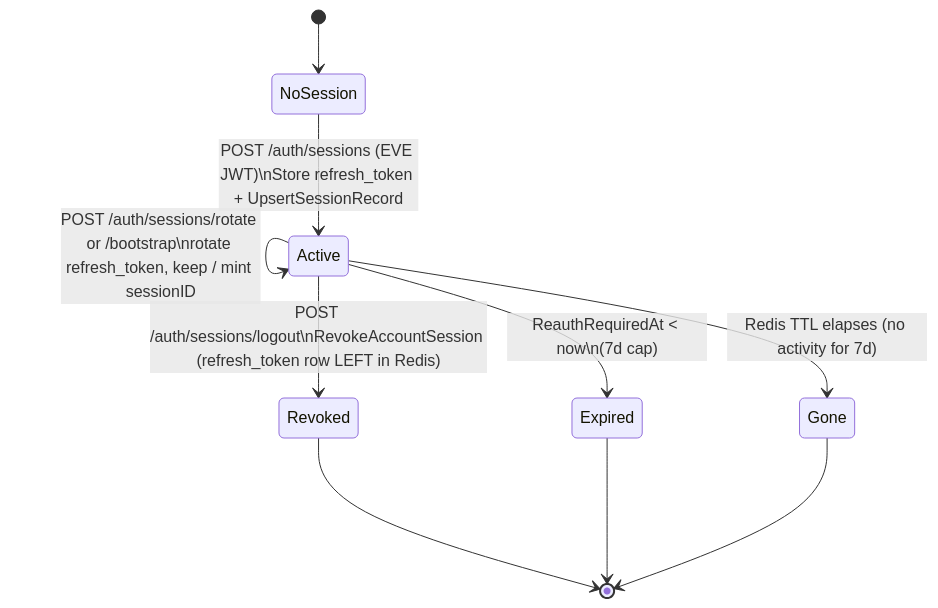
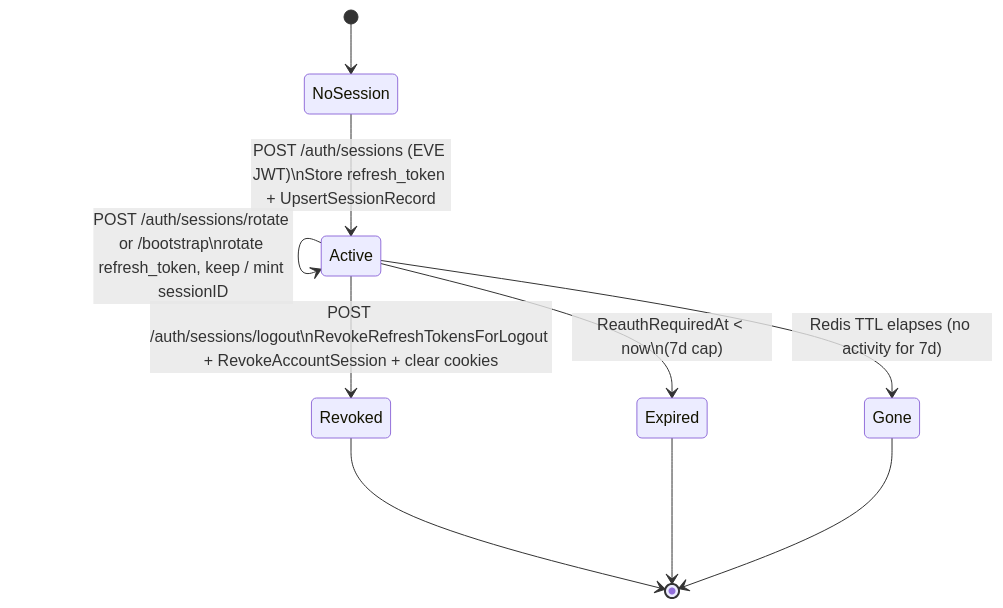
Before and after one commit to darcy561/eve-industry-planner: the fourth of 4 diagrams in docs/auth/BACKEND.md, drawn with Mermaid. The commit also changed other lines of this file and 12 other files, not shown here.

First line of the commit message:
feat(auth): enhance logout process with refresh token revocation and cookie management

````diff
--- a/docs/auth/BACKEND.md
+++ b/docs/auth/BACKEND.md
@@ -471,15 +474,15 @@
 ```mermaid
 stateDiagram-v2
     [*] --> NoSession
 
     NoSession --> Active: POST /auth/sessions (EVE JWT)\nStore refresh_token + UpsertSessionRecord
     Active --> Active: AuthConstructor TouchAccountSession on every request
     Active --> Active: POST /auth/sessions/rotate or /bootstrap\nrotate refresh_token, keep / mint sessionID
-    Active --> Revoked: POST /auth/sessions/logout\nRevokeAccountSession (refresh_token row LEFT in Redis)
+    Active --> Revoked: POST /auth/sessions/logout\nRevokeRefreshTokensForLogout + RevokeAccountSession + clear cookies
     Active --> Expired: ReauthRequiredAt < now\n(7d cap)
     Active --> Gone: Redis TTL elapses (no activity for 7d)
 
     Revoked --> [*]
     Expired --> [*]
     Gone --> [*]
 ```
````
